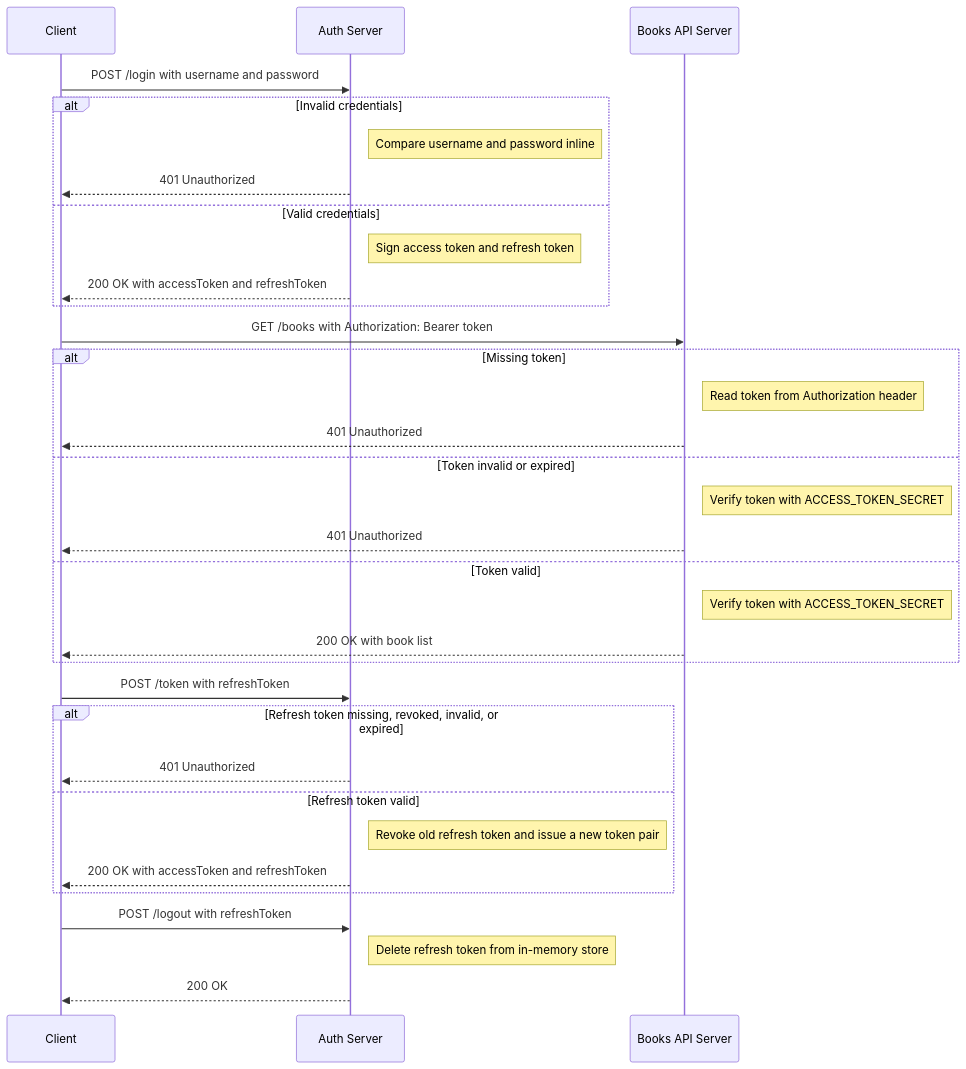
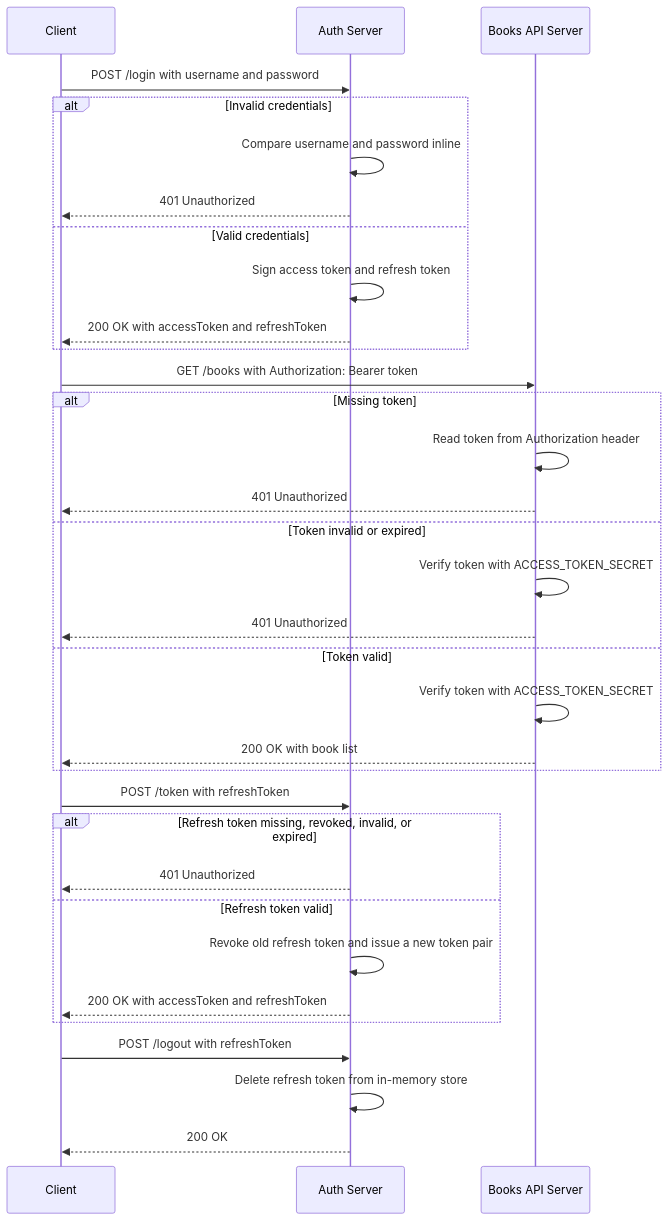
Before and after one commit to thangphan3000/jwt: the diagram in README.md, drawn with Mermaid.

Commit message:
docs(auth): show internal sequence steps

````diff
--- a/README.md
+++ b/README.md
@@ -137,42 +137,42 @@
 ```mermaid
 sequenceDiagram
     participant Client
     participant AuthServer as Auth Server
     participant Books as Books API Server
 
     Client->>AuthServer: POST /login with username and password
 
     alt Invalid credentials
-        Note right of AuthServer: Compare username and password inline
+        AuthServer->>AuthServer: Compare username and password inline
         AuthServer-->>Client: 401 Unauthorized
     else Valid credentials
-        Note right of AuthServer: Sign access token and refresh token
+        AuthServer->>AuthServer: Sign access token and refresh token
         AuthServer-->>Client: 200 OK with accessToken and refreshToken
     end
 
     Client->>Books: GET /books with Authorization: Bearer token
 
     alt Missing token
-        Note right of Books: Read token from Authorization header
+        Books->>Books: Read token from Authorization header
         Books-->>Client: 401 Unauthorized
     else Token invalid or expired
-        Note right of Books: Verify token with ACCESS_TOKEN_SECRET
+        Books->>Books: Verify token with ACCESS_TOKEN_SECRET
         Books-->>Client: 401 Unauthorized
     else Token valid
-        Note right of Books: Verify token with ACCESS_TOKEN_SECRET
+        Books->>Books: Verify token with ACCESS_TOKEN_SECRET
         Books-->>Client: 200 OK with book list
     end
 
     Client->>AuthServer: POST /token with refreshToken
 
     alt Refresh token missing, revoked, invalid, or expired
         AuthServer-->>Client: 401 Unauthorized
     else Refresh token valid
-        Note right of AuthServer: Revoke old refresh token and issue a new token pair
+        AuthServer->>AuthServer: Revoke old refresh token and issue a new token pair
         AuthServer-->>Client: 200 OK with accessToken and refreshToken
     end
 
     Client->>AuthServer: POST /logout with refreshToken
-    Note right of AuthServer: Delete refresh token from in-memory store
+    AuthServer->>AuthServer: Delete refresh token from in-memory store
     AuthServer-->>Client: 200 OK
 ```
````
